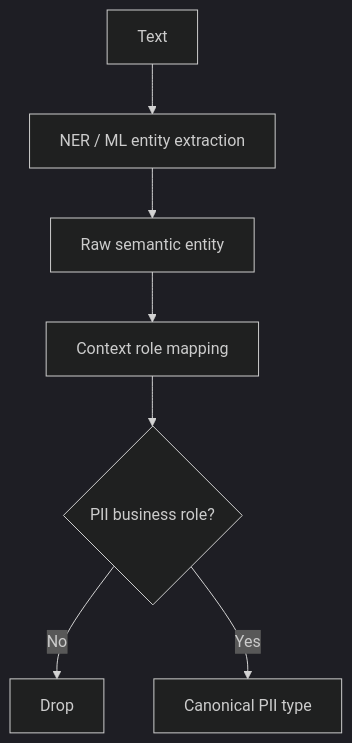
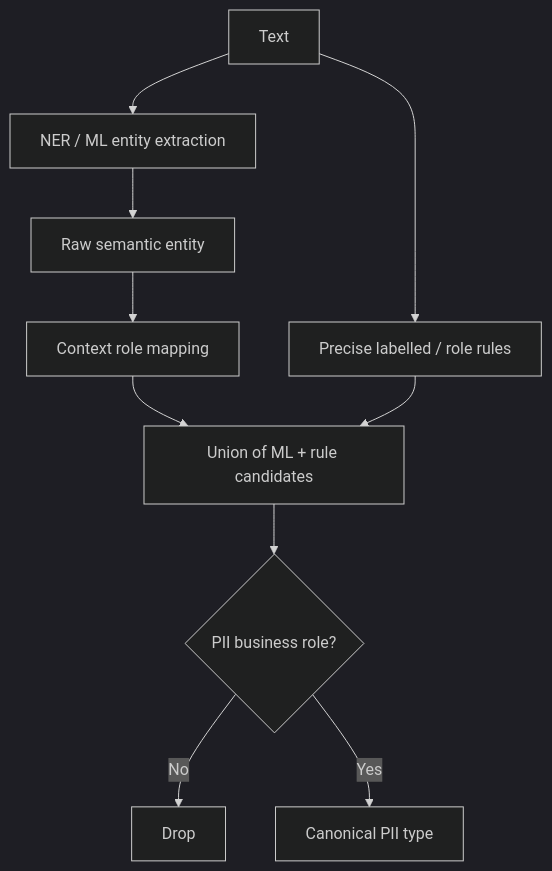
The fourth of 5 diagrams in docs/ARCHITECTURE_V2.md (sofiaaslanian/alfa-vibe), drawn with Mermaid (dark theme) before and after one commit. The commit also changed other lines of this file, not shown here.

Commit message:
Docs: align architecture with hybrid context detection

```diff
--- a/docs/ARCHITECTURE_V2.md
+++ b/docs/ARCHITECTURE_V2.md
@@ -113,9 +113,12 @@
 ~~~mermaid
 flowchart TD
     A[Text] --> B[NER / ML entity extraction]
+    A --> R[Precise labelled / role rules]
     B --> C[Raw semantic entity]
     C --> D[Context role mapping]
-    D --> E{PII business role?}
+    D --> U[Union of ML + rule candidates]
+    R --> U
+    U --> E{PII business role?}
     E -- No --> X[Drop]
     E -- Yes --> F[Canonical PII type]
 ~~~
```
